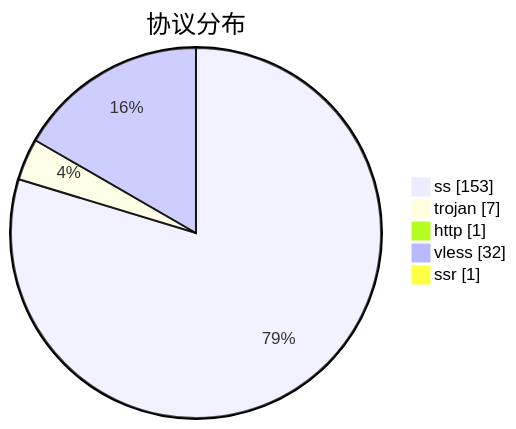
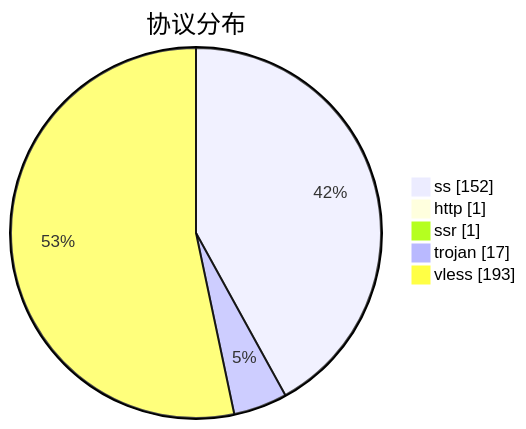
Before and after one commit to qjlxg/airport: the third of 3 diagrams in subs/statistics/tested_within.md, drawn with Mermaid. The commit also changed other lines of this file and 2 other files, not shown here.

````diff
--- a/subs/statistics/tested_within.md
+++ b/subs/statistics/tested_within.md
@@ -17,9 +19,9 @@
 ```mermaid
 pie showData
 title 协议分布
-"ss" : 153
-"trojan" : 7
+"ss" : 152
 "http" : 1
-"vless" : 32
 "ssr" : 1
+"trojan" : 17
+"vless" : 193
 ```
````
